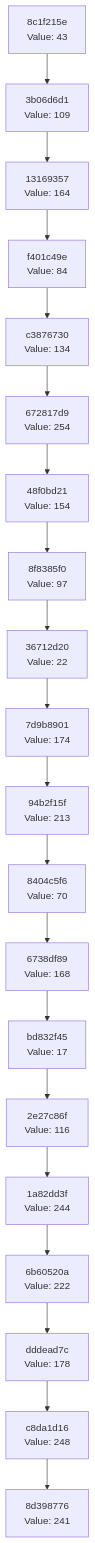
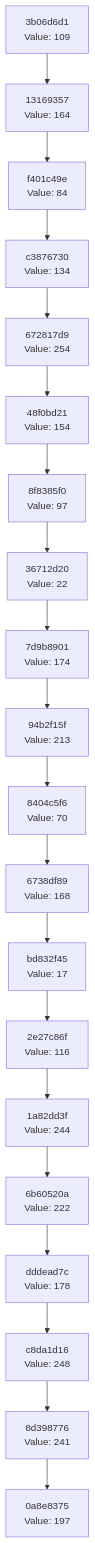
The diagram in docs/CHAIN_VISUALIZATION.md (Abhisheksinha1506/hash-chain-evolver), drawn with Mermaid before and after one commit. The commit also changed 1 other file, not shown here.

Commit message:
Evolution Step

````diff
--- a/docs/CHAIN_VISUALIZATION.md
+++ b/docs/CHAIN_VISUALIZATION.md
@@ -3,42 +3,42 @@
 ```mermaid
 graph TD
-    C0["8d398776<br/>Value: 241"]
-    C1["c8da1d16<br/>Value: 248"]
+    C0["0a8e8375<br/>Value: 197"]
+    C1["8d398776<br/>Value: 241"]
     C1 --> C0
-    C2["dddead7c<br/>Value: 178"]
+    C2["c8da1d16<br/>Value: 248"]
     C2 --> C1
-    C3["6b60520a<br/>Value: 222"]
+    C3["dddead7c<br/>Value: 178"]
     C3 --> C2
-    C4["1a82dd3f<br/>Value: 244"]
+    C4["6b60520a<br/>Value: 222"]
     C4 --> C3
-    C5["2e27c86f<br/>Value: 116"]
+    C5["1a82dd3f<br/>Value: 244"]
     C5 --> C4
-    C6["bd832f45<br/>Value: 17"]
+    C6["2e27c86f<br/>Value: 116"]
     C6 --> C5
-    C7["6738df89<br/>Value: 168"]
+    C7["bd832f45<br/>Value: 17"]
     C7 --> C6
-    C8["8404c5f6<br/>Value: 70"]
+    C8["6738df89<br/>Value: 168"]
     C8 --> C7
-    C9["94b2f15f<br/>Value: 213"]
+    C9["8404c5f6<br/>Value: 70"]
     C9 --> C8
-    C10["7d9b8901<br/>Value: 174"]
+    C10["94b2f15f<br/>Value: 213"]
     C10 --> C9
-    C11["36712d20<br/>Value: 22"]
+    C11["7d9b8901<br/>Value: 174"]
     C11 --> C10
-    C12["8f8385f0<br/>Value: 97"]
+    C12["36712d20<br/>Value: 22"]
     C12 --> C11
-    C13["48f0bd21<br/>Value: 154"]
+    C13["8f8385f0<br/>Value: 97"]
     C13 --> C12
-    C14["672817d9<br/>Value: 254"]
+    C14["48f0bd21<br/>Value: 154"]
     C14 --> C13
-    C15["c3876730<br/>Value: 134"]
+    C15["672817d9<br/>Value: 254"]
     C15 --> C14
-    C16["f401c49e<br/>Value: 84"]
+    C16["c3876730<br/>Value: 134"]
     C16 --> C15
-    C17["13169357<br/>Value: 164"]
+    C17["f401c49e<br/>Value: 84"]
     C17 --> C16
-    C18["3b06d6d1<br/>Value: 109"]
+    C18["13169357<br/>Value: 164"]
     C18 --> C17
-    C19["8c1f215e<br/>Value: 43"]
+    C19["3b06d6d1<br/>Value: 109"]
     C19 --> C18
 ```
````
